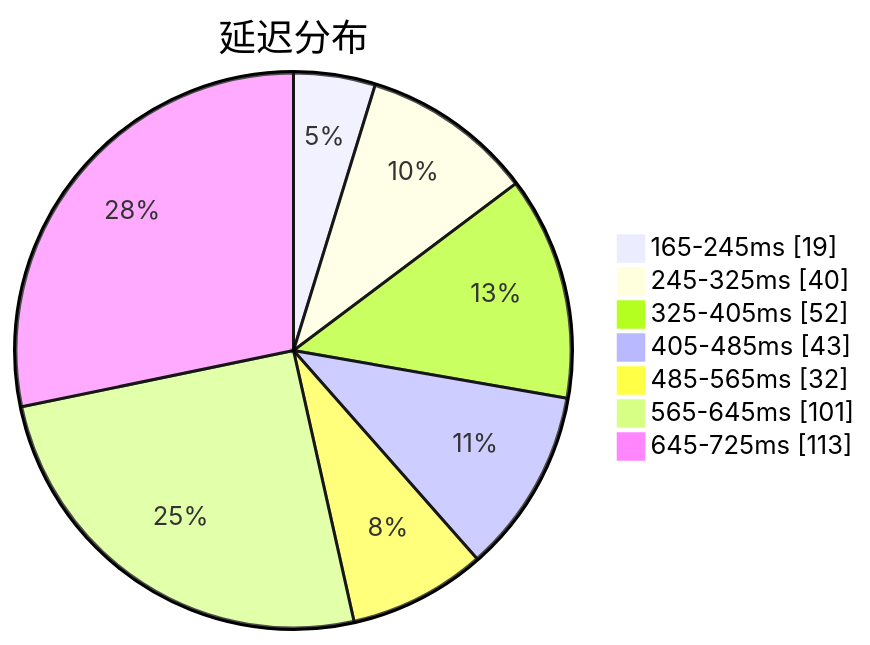
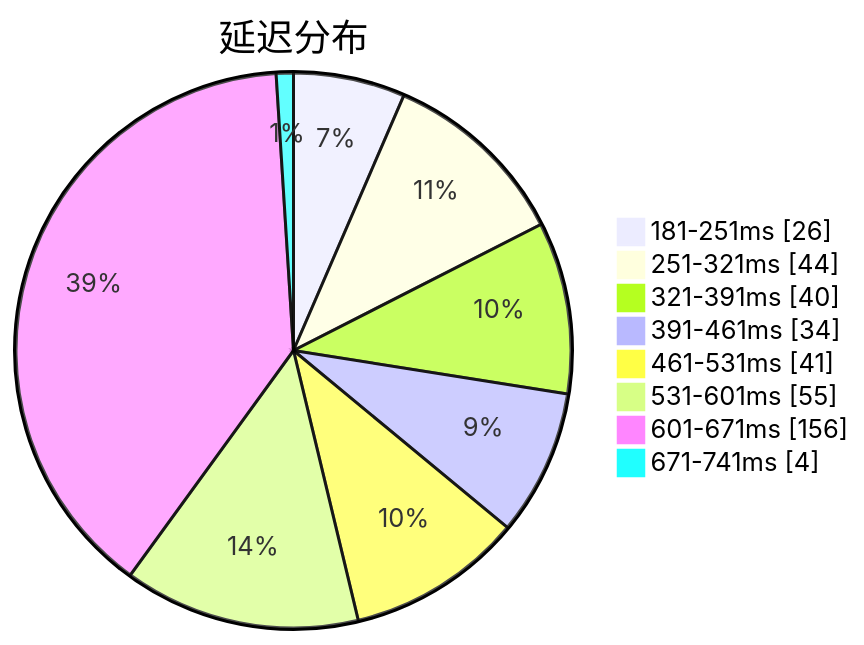
One commit to qjlxg/airport changed the first of 3 diagrams in subs/statistics/tested_within.md. Above: the diagram before and after it, drawn with Mermaid. The commit also changed other lines of this file and 2 other files, not shown here.

````diff
--- a/subs/statistics/tested_within.md
+++ b/subs/statistics/tested_within.md
@@ -2,11 +2,12 @@
 ```mermaid
 pie showData
 title 延迟分布
-"165-245ms" : 19
-"245-325ms" : 40
-"325-405ms" : 52
-"405-485ms" : 43
-"485-565ms" : 32
-"565-645ms" : 101
-"645-725ms" : 113
+"181-251ms" : 26
+"251-321ms" : 44
+"321-391ms" : 40
+"391-461ms" : 34
+"461-531ms" : 41
+"531-601ms" : 55
+"601-671ms" : 156
+"671-741ms" : 4
 ```
````
